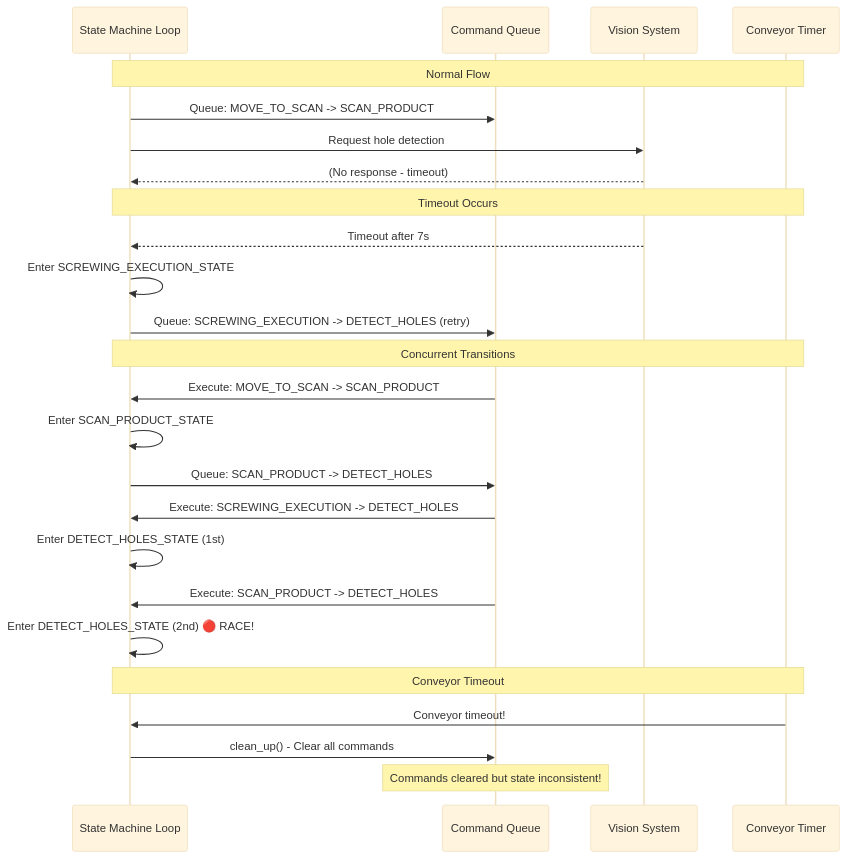
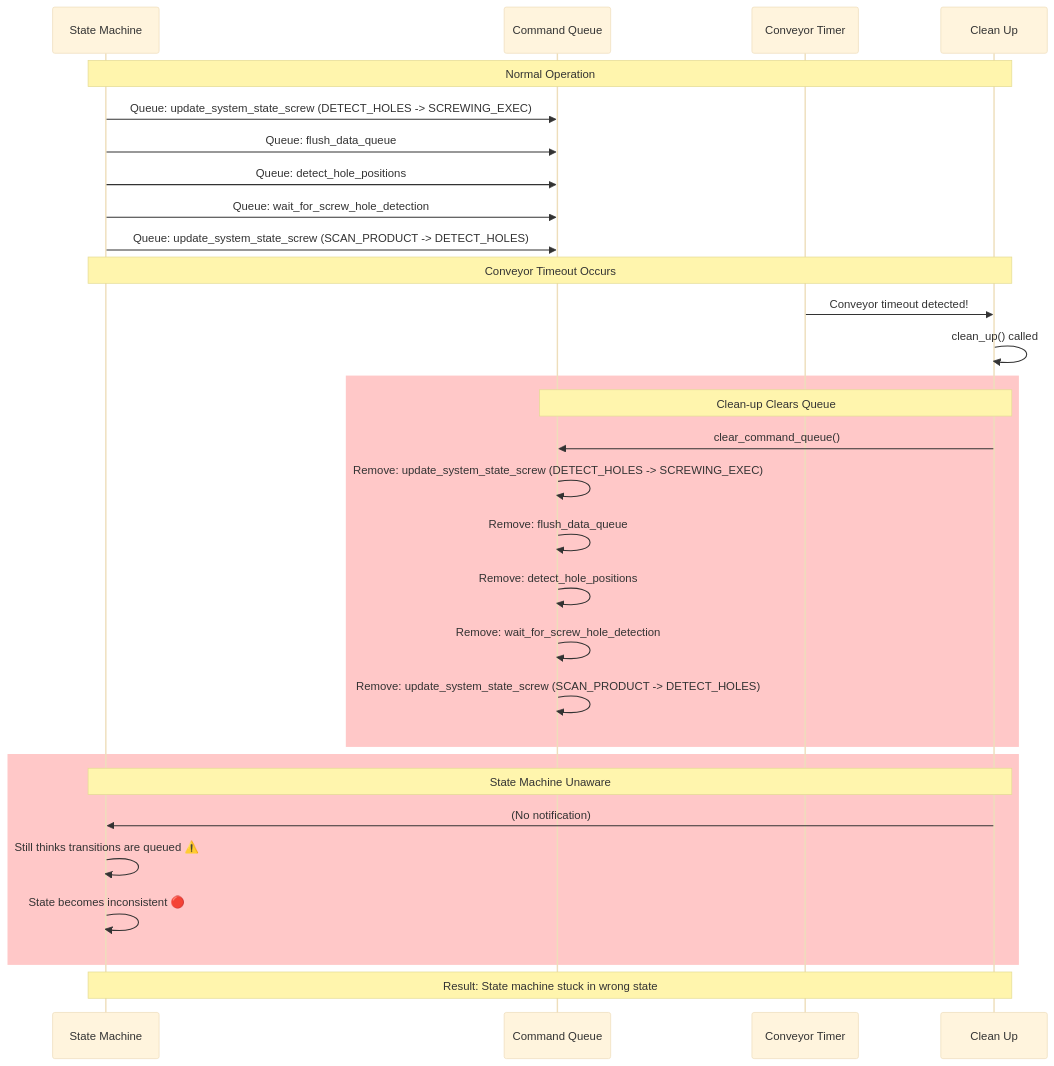
One commit to ShoaibSajid/PM changed the fourth of 8 diagrams in StateMachines/NewLogAnalysis.md. Above: the diagram before and after it, drawn with Mermaid (base theme). The commit also changed other lines of this file, not shown here.

````diff
--- a/StateMachines/NewLogAnalysis.md
+++ b/StateMachines/NewLogAnalysis.md
@@ -152,33 +120,37 @@
 ```mermaid
 sequenceDiagram
-    participant SM as State Machine Loop
+    participant SM as State Machine
     participant CQ as Command Queue
-    participant VS as Vision System
     participant CT as Conveyor Timer
+    participant CU as Clean Up
     
-    Note over SM,CT: Normal Flow
-    SM->>CQ: Queue: MOVE_TO_SCAN -> SCAN_PRODUCT
-    SM->>VS: Request hole detection
-    VS-->>SM: (No response - timeout)
+    Note over SM,CU: Normal Operation
+    SM->>CQ: Queue: update_system_state_screw (DETECT_HOLES -> SCREWING_EXEC)
+    SM->>CQ: Queue: flush_data_queue
+    SM->>CQ: Queue: detect_hole_positions
+    SM->>CQ: Queue: wait_for_screw_hole_detection
+    SM->>CQ: Queue: update_system_state_screw (SCAN_PRODUCT -> DETECT_HOLES)
     
-    Note over SM,CT: Timeout Occurs
-    VS-->>SM: Timeout after 7s
-    SM->>SM: Enter SCREWING_EXECUTION_STATE
-    SM->>CQ: Queue: SCREWING_EXECUTION -> DETECT_HOLES (retry)
+    Note over SM,CU: Conveyor Timeout Occurs
+    CT->>CU: Conveyor timeout detected!
+    CU->>CU: clean_up() called
     
-    Note over SM,CT: Concurrent Transitions
-    CQ->>SM: Execute: MOVE_TO_SCAN -> SCAN_PRODUCT
-    SM->>SM: Enter SCAN_PRODUCT_STATE
-    SM->>CQ: Queue: SCAN_PRODUCT -> DETECT_HOLES
+    rect rgb(255, 200, 200)
+        Note over CU,CQ: Clean-up Clears Queue
+        CU->>CQ: clear_command_queue()
+        CQ->>CQ: Remove: update_system_state_screw (DETECT_HOLES -> SCREWING_EXEC)
+        CQ->>CQ: Remove: flush_data_queue
+        CQ->>CQ: Remove: detect_hole_positions
+        CQ->>CQ: Remove: wait_for_screw_hole_detection
+        CQ->>CQ: Remove: update_system_state_screw (SCAN_PRODUCT -> DETECT_HOLES)
+    end
     
-    CQ->>SM: Execute: SCREWING_EXECUTION -> DETECT_HOLES
-    SM->>SM: Enter DETECT_HOLES_STATE (1st)
+    rect rgb(255, 200, 200)
+        Note over CU,SM: State Machine Unaware
+        CU->>SM: (No notification)
+        SM->>SM: Still thinks transitions are queued ⚠️
+        SM->>SM: State becomes inconsistent 🔴
+    end
     
-    CQ->>SM: Execute: SCAN_PRODUCT -> DETECT_HOLES
-    SM->>SM: Enter DETECT_HOLES_STATE (2nd) 🔴 RACE!
-    
-    Note over SM,CT: Conveyor Timeout
-    CT->>SM: Conveyor timeout!
-    SM->>CQ: clean_up() - Clear all commands
-    Note over CQ: Commands cleared but state inconsistent!
+    Note over SM,CU: Result: State machine stuck in wrong state
 ```
````
